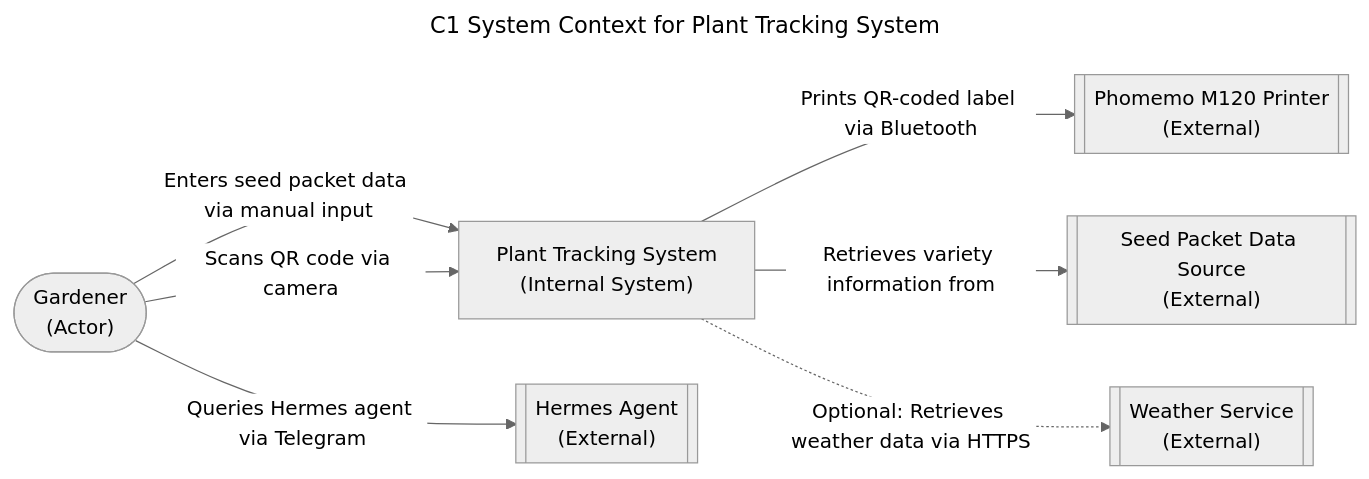
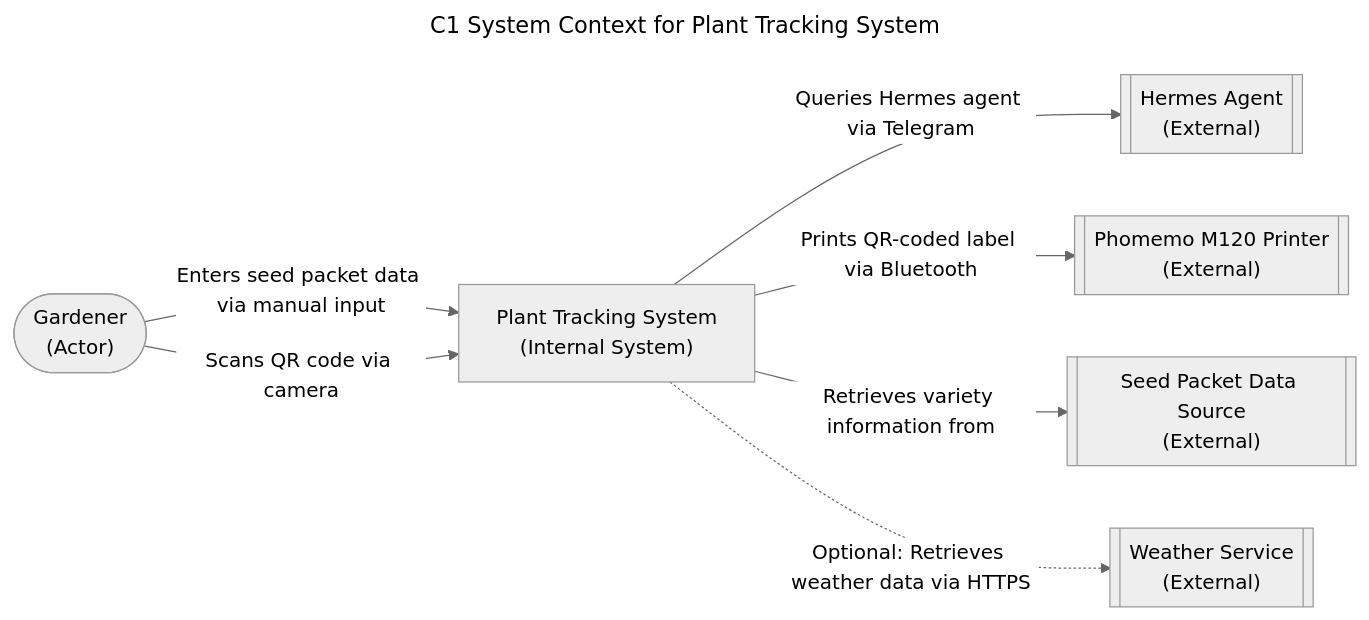
The diagram in knowledge/architecture/decisions/ADR-0002-system-context.md (geraldthewes/plant-tracking), drawn with Mermaid (neutral theme) before and after one commit. The commit also changed other lines of this file and 11 other files, not shown here.

````diff
--- a/knowledge/architecture/decisions/ADR-0002-system-context.md
+++ b/knowledge/architecture/decisions/ADR-0002-system-context.md
@@ -57,21 +56,21 @@
 ```mermaid
 ---
 title: C1 System Context for Plant Tracking System
 ---
 flowchart LR
     gardener(["Gardener\n(Actor)"])
 
     sys["Plant Tracking System\n(Internal System)"]
 
     hermes[["Hermes Agent\n(External)"]]
     phomemo[["Phomemo M120 Printer\n(External)"]]
     seed[["Seed Packet Data Source\n(External)"]]
-    weather[["Weather Service\n(External)" ]]
+    weather[["Weather Service\n(External)"]]
 
     gardener -->|"Enters seed packet data via manual input"| sys
     gardener -->|"Scans QR code via camera"| sys
-    gardener -->|"Queries Hermes agent via Telegram"| hermes
+    sys -->|"Queries Hermes agent via Telegram"| hermes
     sys -->|"Prints QR-coded label via Bluetooth"| phomemo
     sys -->|"Retrieves variety information from"| seed
     sys -.->|"Optional: Retrieves weather data via HTTPS"| weather
 ```
````
